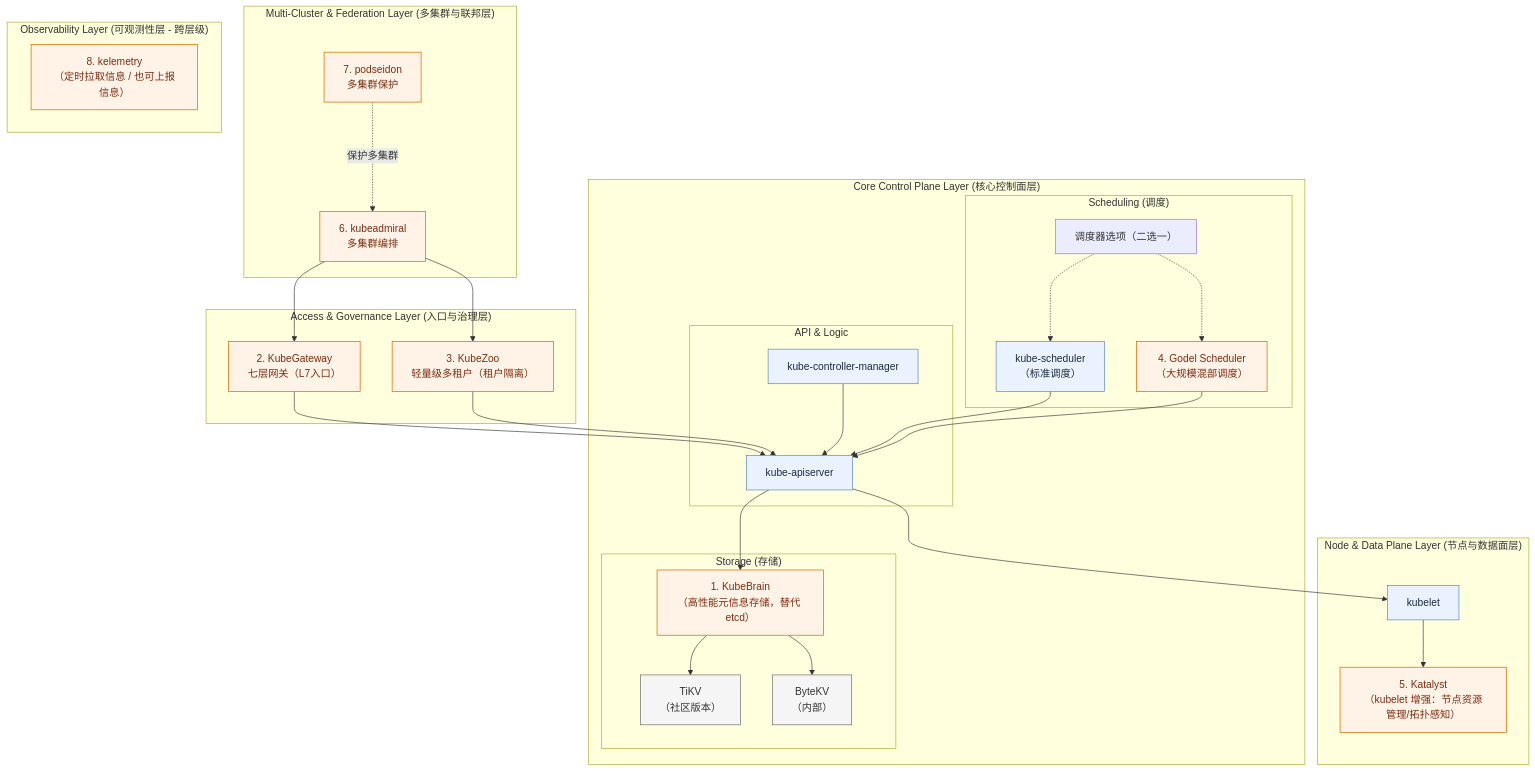
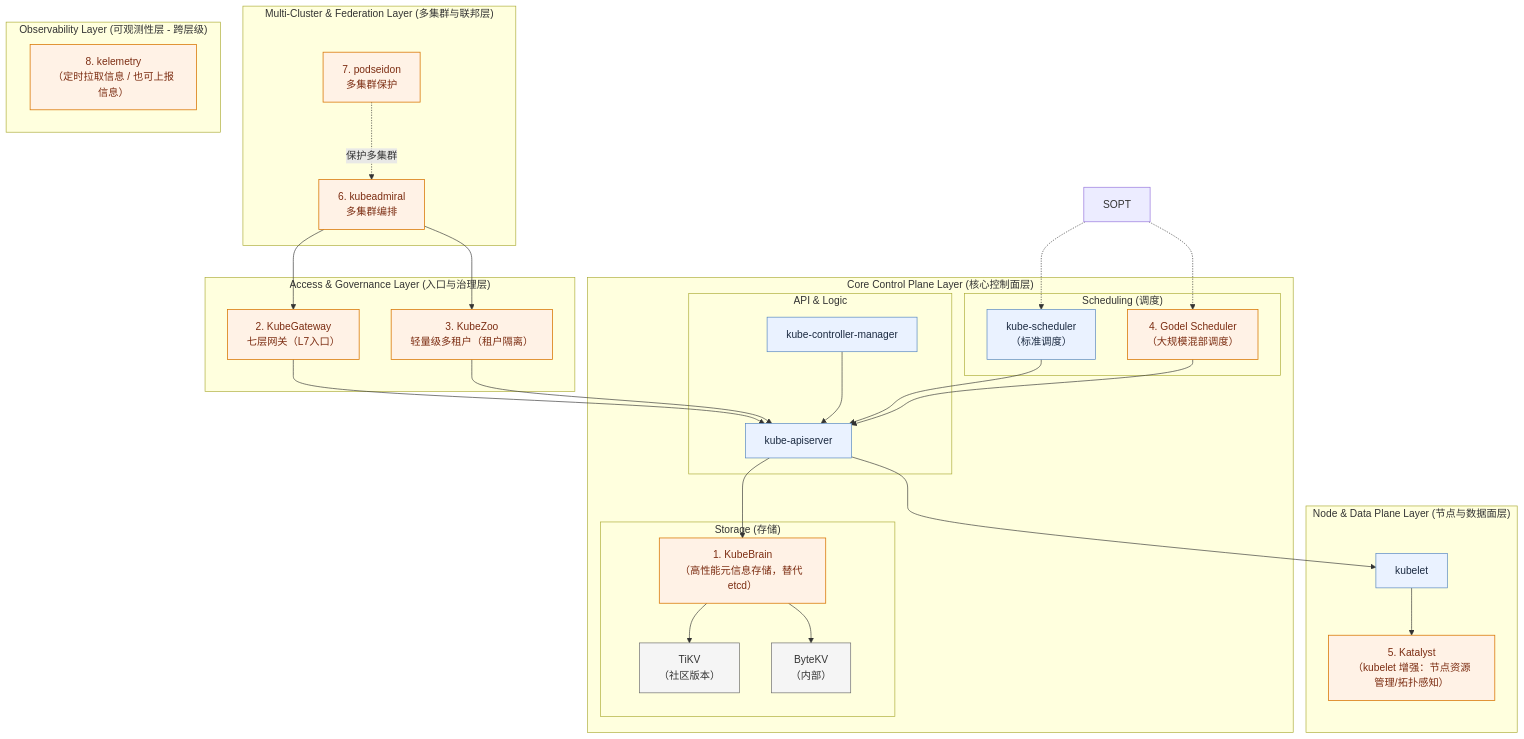
The diagram in case-study/bytedance.md (pacoxu/AI-Infra), drawn with Mermaid before and after one commit.

Commit message:
Remove scheduler options from Scheduling subgraph
Removed '调度器选项（二选一）' from the Scheduling subgraph.

````diff
--- a/case-study/bytedance.md
+++ b/case-study/bytedance.md
@@ -18,64 +18,63 @@
 ```mermaid
 flowchart TB
   subgraph L1["Multi-Cluster & Federation Layer (多集群与联邦层)"]
     KA["6. kubeadmiral<br/>多集群编排"]
     PS["7. podseidon<br/>多集群保护"]
   end
 
   subgraph L2["Access & Governance Layer (入口与治理层)"]
     KGW["2. KubeGateway<br/>七层网关（L7入口）"]
     KZZ["3. KubeZoo<br/>轻量级多租户（租户隔离）"]
   end
 
   subgraph L3["Core Control Plane Layer (核心控制面层)"]
     subgraph API["API & Logic"]
       KAS["kube-apiserver"]
       KCM["kube-controller-manager"]
     end
 
     subgraph SCH["Scheduling (调度)"]
       KSCH["kube-scheduler<br/>（标准调度）"]
       GODEL["4. Godel Scheduler<br/>（大规模混部调度）"]
-      SOPT["调度器选项（二选一）"]
     end
 
     subgraph STO["Storage (存储)"]
       KB["1. KubeBrain<br/>（高性能元信息存储，替代 etcd）"]
       TIKV["TiKV<br/>（社区版本）"]
       BKV["ByteKV<br/>（内部）"]
     end
   end
 
   subgraph L4["Node & Data Plane Layer (节点与数据面层)"]
     KLET["kubelet"]
     KAT["5. Katalyst<br/>（kubelet 增强：节点资源管理/拓扑感知）"]
   end
 
   subgraph L5["Observability Layer (可观测性层 - 跨层级)"]
     KEL["8. kelemetry<br/>（定时拉取信息 / 也可上报信息）"]
   end
 
   KA --> KGW
   KA --> KZZ
   PS -. 保护多集群 .-> KA
   KGW --> KAS
   KZZ --> KAS
   KCM --> KAS
   KSCH --> KAS
   GODEL --> KAS
   SOPT -.-> KSCH
   SOPT -.-> GODEL
   KAS --> KB
   KB --> TIKV
   KB --> BKV
   KAS --> KLET
   KLET --> KAT
 
   classDef std fill:#eaf2ff,stroke:#4f81bd,color:#1b2a41,stroke-width:1px;
   classDef bt fill:#fff2e6,stroke:#d97706,color:#7c2d12,stroke-width:1.2px;
   classDef backend fill:#f5f5f5,stroke:#666,color:#333,stroke-width:1px;
 
   class KAS,KCM,KSCH,KLET std;
   class KA,PS,KGW,KZZ,GODEL,KB,KAT,KEL bt;
   class TIKV,BKV backend;
 ```
````
